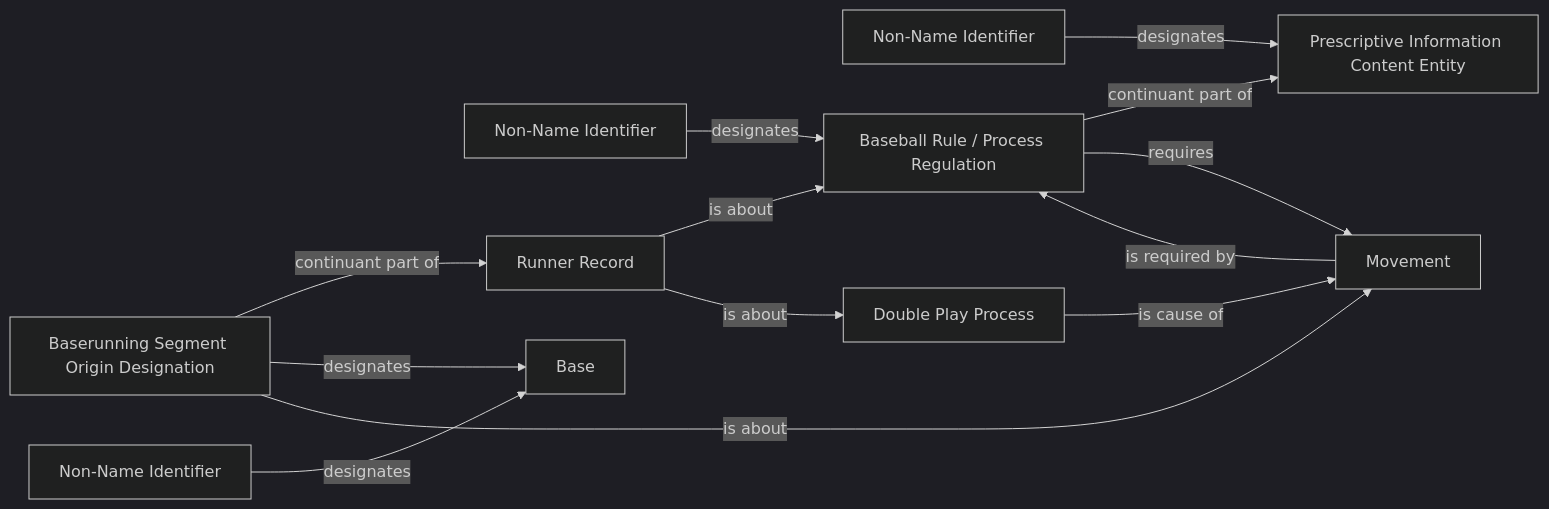
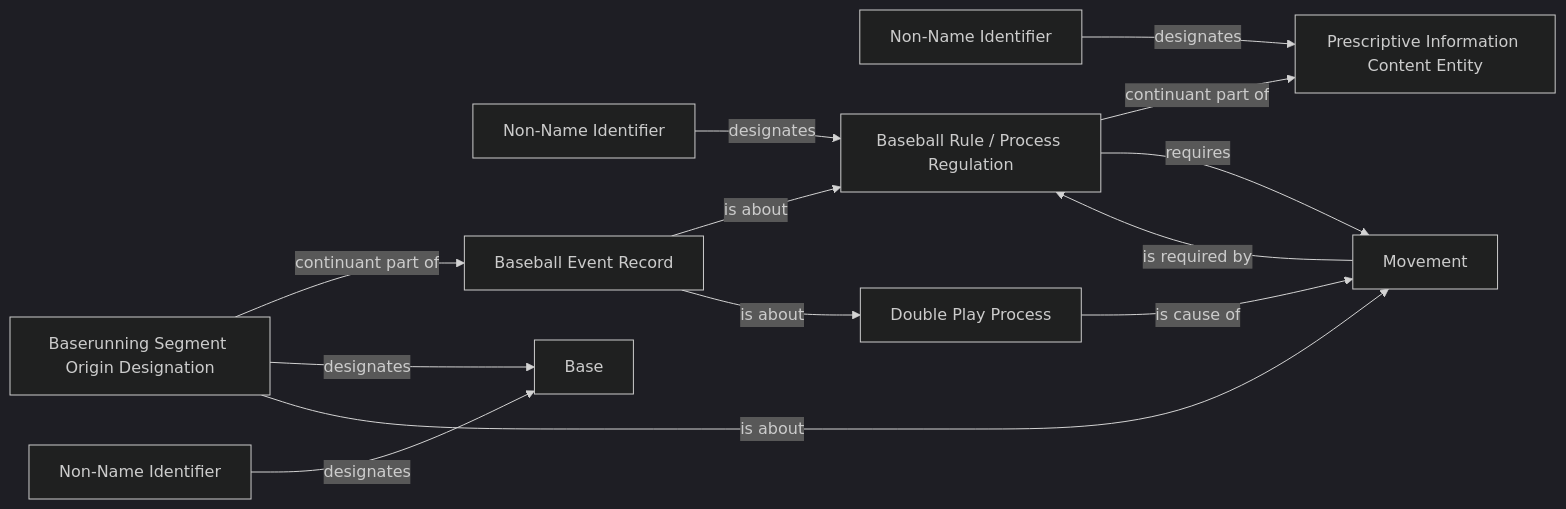
The diagram in Baseball/mermaid/patterns/ontology/63-award-cause-and-segment-origin.md (CarterBeauBenson/BaseballO), drawn with Mermaid (dark theme) before and after one commit. The commit also changed other lines of this file and 166 other files, not shown here.

````diff
--- a/Baseball/mermaid/patterns/ontology/63-award-cause-and-segment-origin.md
+++ b/Baseball/mermaid/patterns/ontology/63-award-cause-and-segment-origin.md
@@ -10,25 +10,25 @@
 ```mermaid
 flowchart LR
     N01["Non-Name Identifier"]
     N02["Prescriptive Information Content Entity"]
     N03["Non-Name Identifier"]
     N04["Baseball Rule / Process Regulation"]
     N05["Double Play Process"]
     N06["Movement"]
-    N07["Runner Record"]
+    N07["Baseball Event Record"]
     N08["Baserunning Segment Origin Designation"]
     N09["Base"]
     N10["Non-Name Identifier"]
     N01 -->|designates| N02
     N03 -->|designates| N04
     N04 -->|continuant part of| N02
     N04 -->|requires| N06
     N05 -->|is cause of| N06
     N06 -->|is required by| N04
     N07 -->|is about| N04
     N07 -->|is about| N05
     N08 -->|continuant part of| N07
     N08 -->|designates| N09
     N08 -->|is about| N06
     N10 -->|designates| N09
 ```
````
